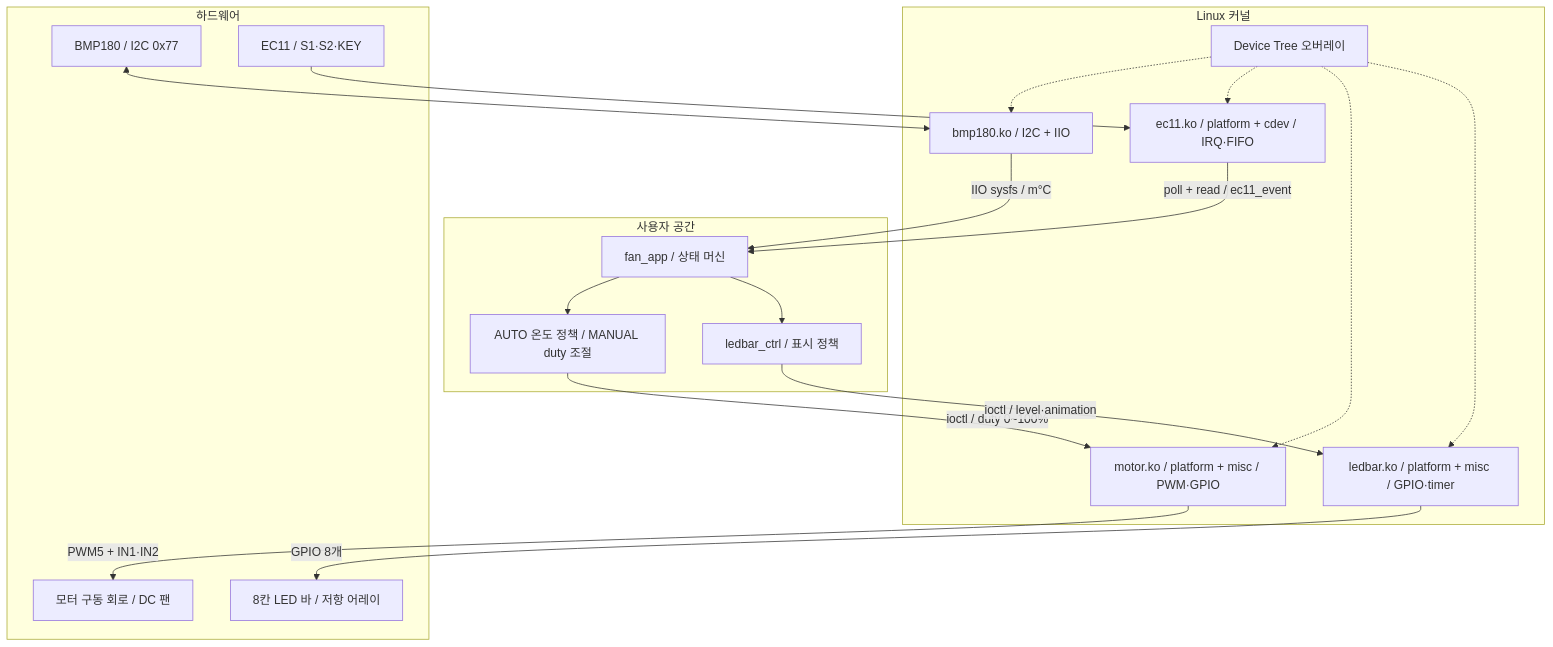
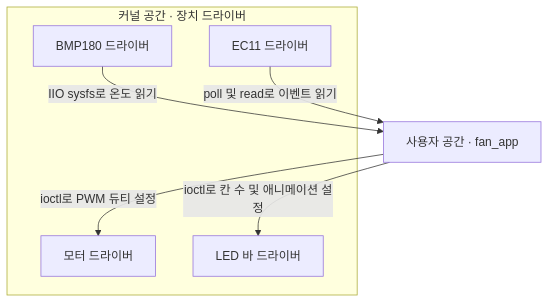
The first of 9 diagrams in README.md (Kyuhyeon34/Thermal_Fan_Driver), drawn with Mermaid before and after one commit. The commit also changed other lines of this file, not shown here.

````diff
--- a/README.md
+++ b/README.md
@@ -48,35 +50,14 @@
 ```mermaid
-flowchart TB
-    subgraph U["사용자 공간"]
-        APP["fan_app / 상태 머신"]
-        POLICY["AUTO 온도 정책 / MANUAL duty 조절"]
-        LC["ledbar_ctrl / 표시 정책"]
-        APP --> POLICY
-        APP --> LC
+flowchart TD
+    APP["사용자 공간 · fan_app"]
+    subgraph K["커널 공간 · 장치 드라이버"]
+        BMP["BMP180 드라이버"]
+        EC["EC11 드라이버"]
+        MOTOR["모터 드라이버"]
+        LED["LED 바 드라이버"]
     end
-    subgraph K["Linux 커널"]
-        BMP["bmp180.ko / I2C + IIO"]
-        EC["ec11.ko / platform + cdev / IRQ·FIFO"]
-        MOTOR["motor.ko / platform + misc / PWM·GPIO"]
-        LED["ledbar.ko / platform + misc / GPIO·timer"]
-        DT["Device Tree 오버레이"]
-        DT -.-> BMP
-        DT -.-> EC
-        DT -.-> MOTOR
-        DT -.-> LED
-    end
-    subgraph H["하드웨어"]
-        SENSOR["BMP180 / I2C 0x77"]
-        KNOB["EC11 / S1·S2·KEY"]
-        POWER["모터 구동 회로 / DC 팬"]
-        BAR["8칸 LED 바 / 저항 어레이"]
-    end
-    SENSOR <--> BMP
-    KNOB --> EC
-    BMP -->|"IIO sysfs / m°C"| APP
-    EC -->|"poll + read / ec11_event"| APP
-    POLICY -->|"ioctl / duty 0~100%"| MOTOR
-    LC -->|"ioctl / level·animation"| LED
-    MOTOR -->|"PWM5 + IN1·IN2"| POWER
-    LED -->|"GPIO 8개"| BAR
+    BMP -->|"IIO sysfs로 온도 읽기"| APP
+    EC -->|"poll 및 read로 이벤트 읽기"| APP
+    APP -->|"ioctl로 PWM 듀티 설정"| MOTOR
+    APP -->|"ioctl로 칸 수 및 애니메이션 설정"| LED
 ```
````
